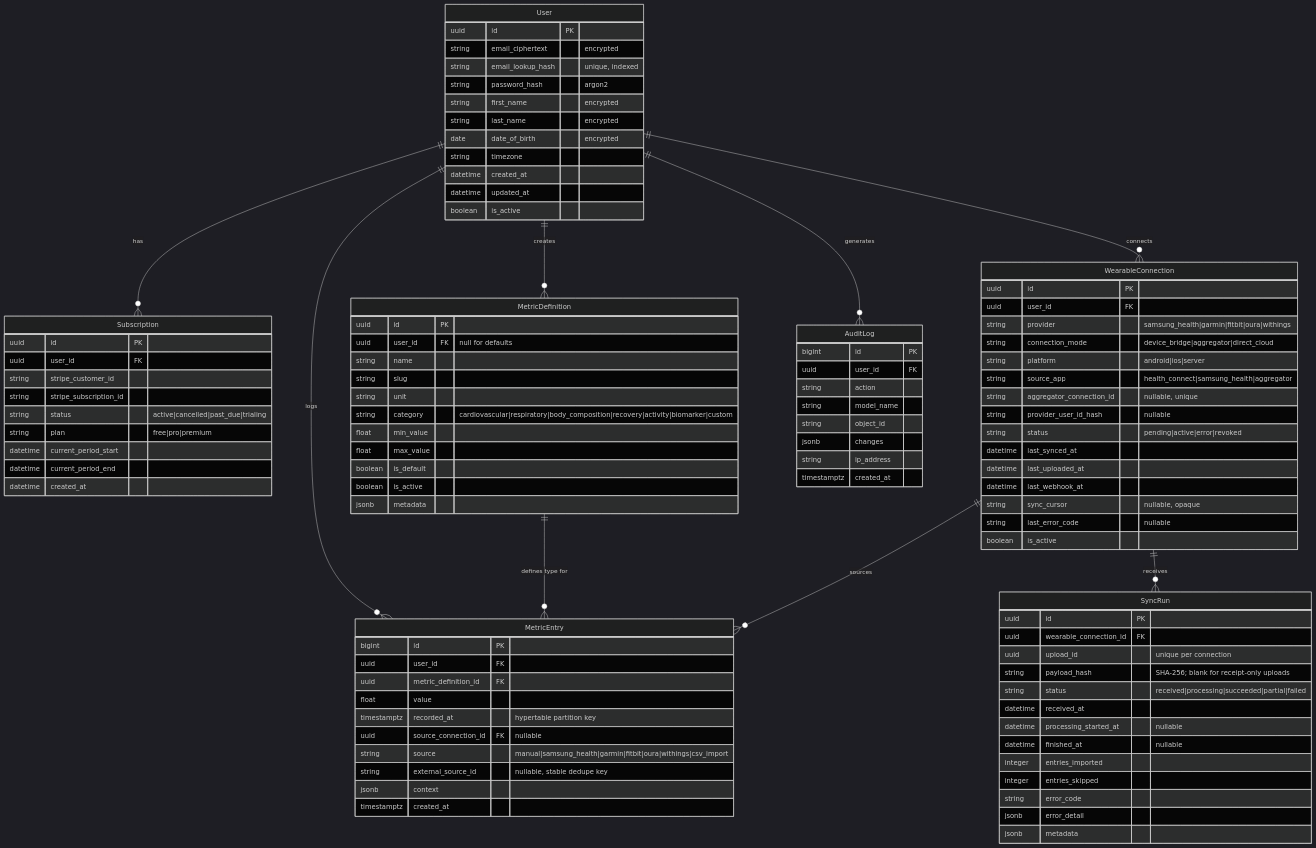
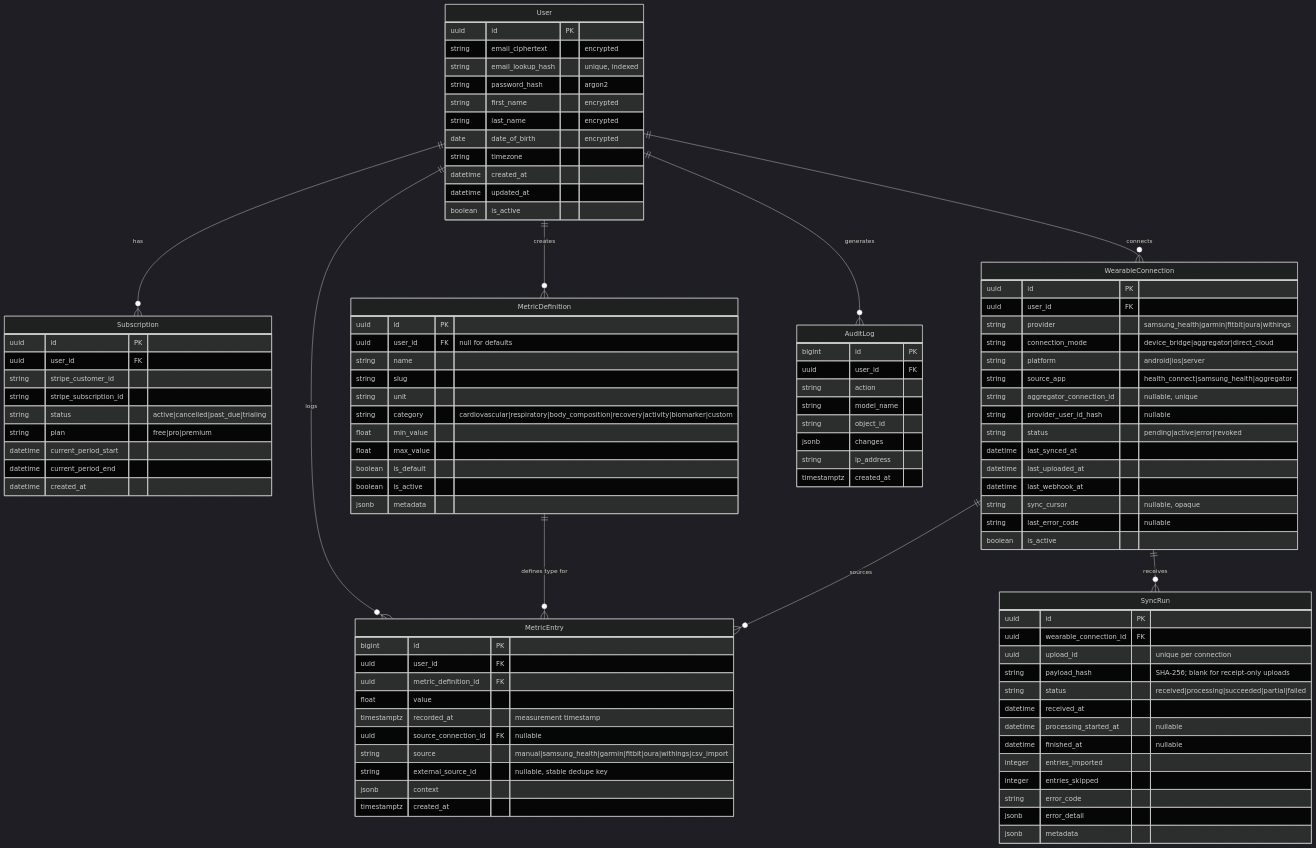
Before and after one commit to elvisrepo/long: the diagram in reference_docs/knowledge/09-entity-relationship-diagram-database-design-sample-data.md, drawn with Mermaid (dark theme). The commit also changed other lines of this file and 17 other files, not shown here.

```diff
--- a/reference_docs/knowledge/09-entity-relationship-diagram-database-design-sample-data.md
+++ b/reference_docs/knowledge/09-entity-relationship-diagram-database-design-sample-data.md
@@ -63,7 +63,7 @@
         uuid user_id FK
         uuid metric_definition_id FK
         float value
-        timestamptz recorded_at "hypertable partition key"
+        timestamptz recorded_at "measurement timestamp"
         uuid source_connection_id FK "nullable"
         string source "manual|samsung_health|garmin|fitbit|oura|withings|csv_import"
         string external_source_id "nullable, stable dedupe key"
```
